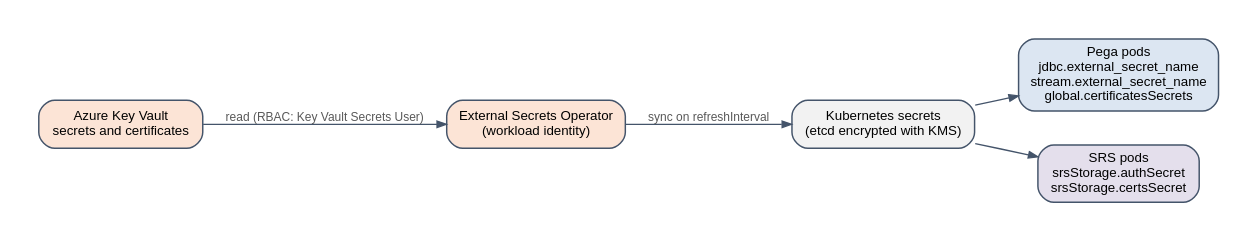
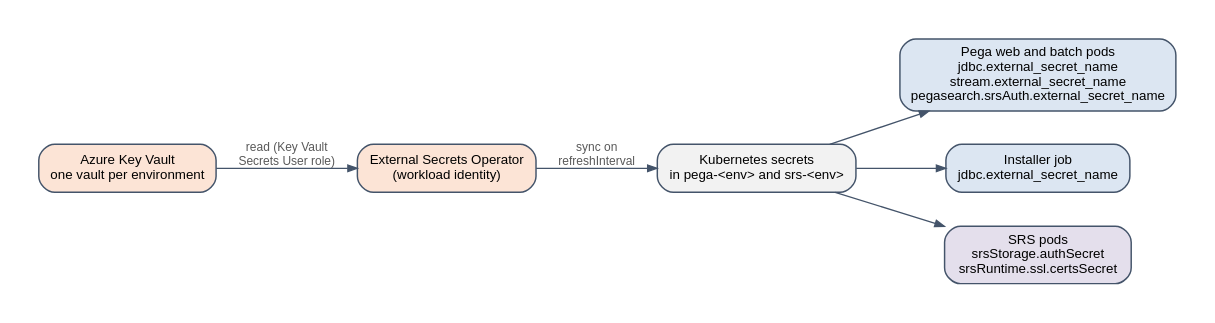
The diagram in runbook/img/generated/fig_secrets_flow.dot (ravislr-beep/Sukoon), drawn with Graphviz before and after one commit. The commit also changed 74 other files, not shown here.

Commit message:
Add naming, Helm values and reference sources for the clone-and-upgrade runbook; regenerate diagrams

```diff
--- a/runbook/img/generated/fig_secrets_flow.dot
+++ b/runbook/img/generated/fig_secrets_flow.dot
@@ -1,18 +1,19 @@
 digraph G {
 
   graph [fontname="Liberation Sans", fontsize=11, bgcolor="white", pad="0.3", nodesep="0.35", ranksep="0.45", fontcolor="#1F3864"];
   node  [fontname="Liberation Sans", fontsize=10, shape=box, style="rounded,filled", fillcolor="white", color="#44546A", penwidth=1.1, margin="0.14,0.07"];
   edge  [fontname="Liberation Sans", fontsize=9, color="#44546A", fontcolor="#595959", arrowsize=0.7, penwidth=1.0];
 
 
   rankdir=LR;
-  kv [label="Azure Key Vault\nsecrets and certificates", fillcolor="#FCE4D6"];
+  kv [label="Azure Key Vault\none vault per environment", fillcolor="#FCE4D6"];
   eso [label="External Secrets Operator\n(workload identity)", fillcolor="#FCE4D6"];
-  ks [label="Kubernetes secrets\n(etcd encrypted with KMS)", fillcolor="#F2F2F2"];
-  pega [label="Pega pods\njdbc.external_secret_name\nstream.external_secret_name\nglobal.certificatesSecrets", fillcolor="#DCE6F2"];
-  srs [label="SRS pods\nsrsStorage.authSecret\nsrsStorage.certsSecret", fillcolor="#E4DFEC"];
-  kv -> eso [label="read (RBAC: Key Vault Secrets User)"];
-  eso -> ks [label="sync on refreshInterval"];
-  ks -> pega; ks -> srs;
+  ks [label="Kubernetes secrets\nin pega-<env> and srs-<env>", fillcolor="#F2F2F2"];
+  pega [label="Pega web and batch pods\njdbc.external_secret_name\nstream.external_secret_name\npegasearch.srsAuth.external_secret_name", fillcolor="#DCE6F2"];
+  inst [label="Installer job\njdbc.external_secret_name", fillcolor="#DCE6F2"];
+  srs [label="SRS pods\nsrsStorage.authSecret\nsrsRuntime.ssl.certsSecret", fillcolor="#E4DFEC"];
+  kv -> eso [label="read (Key Vault\nSecrets User role)"];
+  eso -> ks [label="sync on\nrefreshInterval"];
+  ks -> pega; ks -> inst; ks -> srs;
 
 }
```
